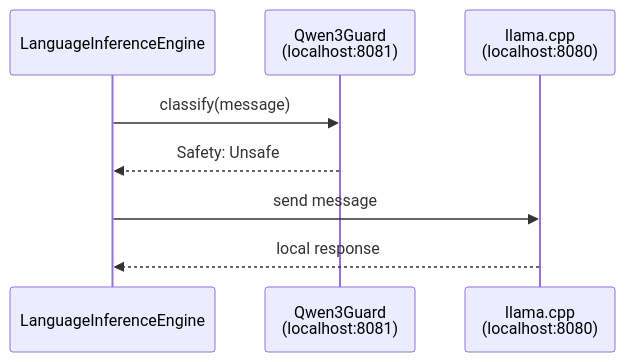
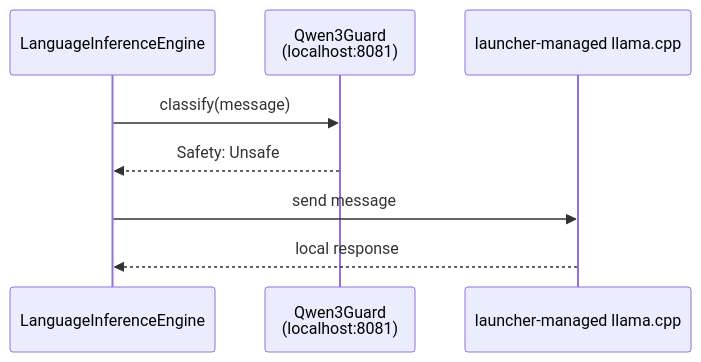
The third of 3 diagrams in docs/llm-guard-flow.en.md (gnh1201/welsonjs), drawn with Mermaid before and after one commit. The commit also changed other lines of this file and 6 other files, not shown here.

First line of the commit message:
Manage llama.cpp through launcher API

````diff
--- a/docs/llm-guard-flow.en.md
+++ b/docs/llm-guard-flow.en.md
@@ -86,11 +86,11 @@
 ```mermaid
 sequenceDiagram
     participant Engine as LanguageInferenceEngine
     participant Guard as Qwen3Guard<br/>(localhost:8081)
-    participant Local as llama.cpp<br/>(localhost:8080)
+    participant Local as launcher-managed llama.cpp
 
     Engine->>Guard: classify(message)
     Guard-->>Engine: Safety: Unsafe
     Engine->>Local: send message
     Local-->>Engine: local response
 ```
````
